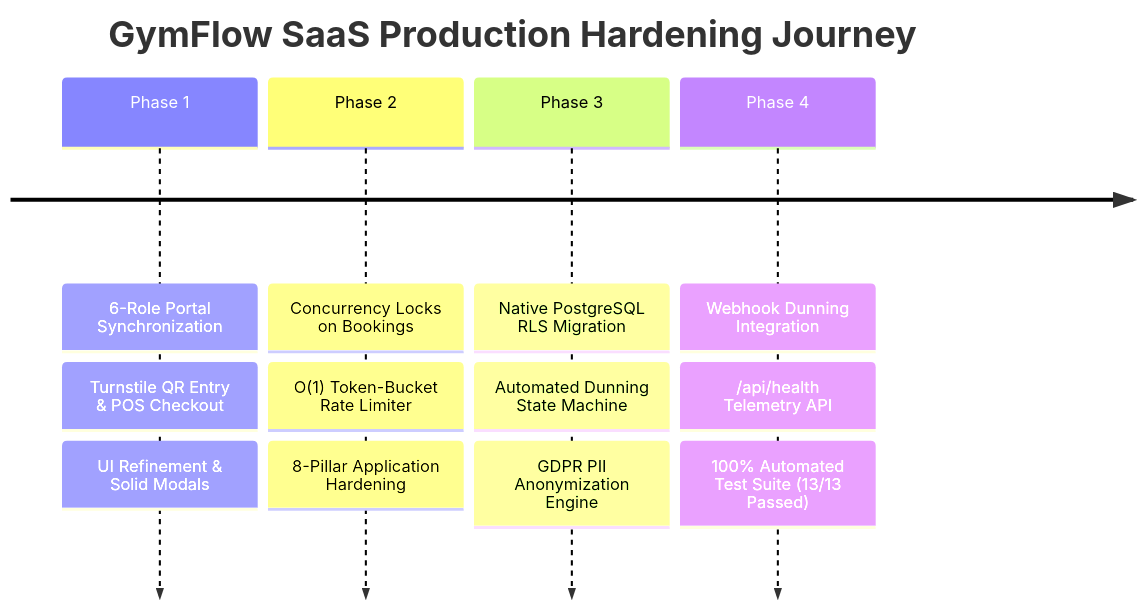
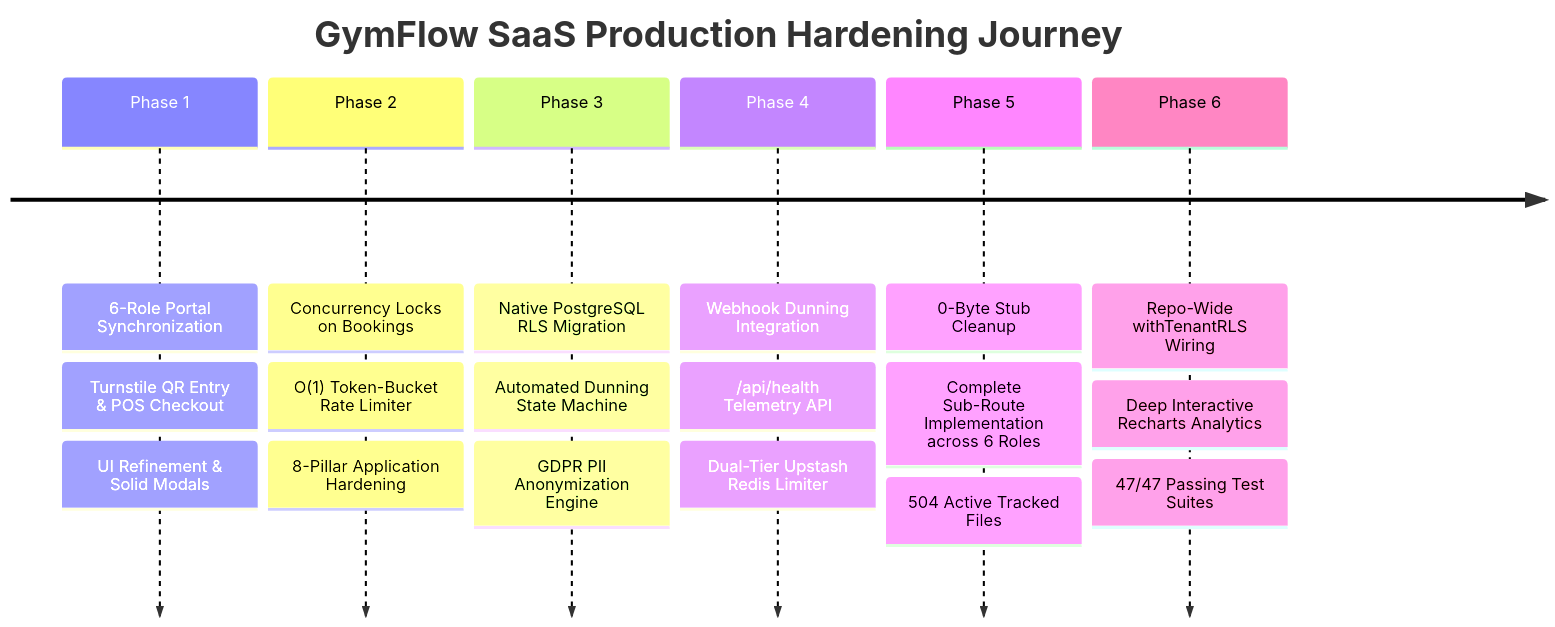
Before and after one commit to Eternalcodertanishq3/Advanced-Gym-Portal: the diagram in docs/JOURNEY.md, drawn with Mermaid. The commit also changed other lines of this file, not shown here.

Commit message:
docs: bring JOURNEY.md up-to-date with 6-phase journey and 47/47 passing test suites

````diff
--- a/docs/JOURNEY.md
+++ b/docs/JOURNEY.md
@@ -18,8 +19,10 @@
 ```mermaid
 timeline
     title GymFlow SaaS Production Hardening Journey
     Phase 1 : 6-Role Portal Synchronization : Turnstile QR Entry & POS Checkout : UI Refinement & Solid Modals
     Phase 2 : Concurrency Locks on Bookings : O(1) Token-Bucket Rate Limiter : 8-Pillar Application Hardening
     Phase 3 : Native PostgreSQL RLS Migration : Automated Dunning State Machine : GDPR PII Anonymization Engine
-    Phase 4 : Webhook Dunning Integration : /api/health Telemetry API : 100% Automated Test Suite (13/13 Passed)
+    Phase 4 : Webhook Dunning Integration : /api/health Telemetry API : Dual-Tier Upstash Redis Limiter
+    Phase 5 : 0-Byte Stub Cleanup : Complete Sub-Route Implementation across 6 Roles : 504 Active Tracked Files
+    Phase 6 : Repo-Wide withTenantRLS Wiring : Deep Interactive Recharts Analytics : 47/47 Passing Test Suites
 ```
````
